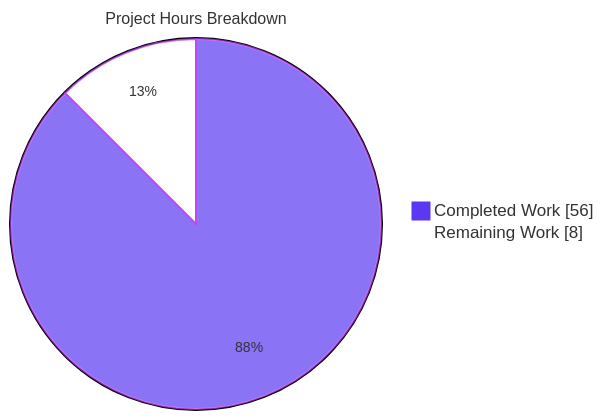
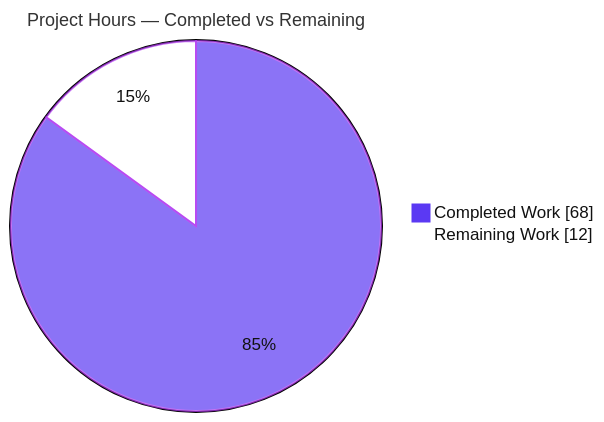
Before and after one commit to ajitblitzy/Society_mngt_300K_Nested: the second of 3 diagrams in blitzy/documentation/Project Guide.md, drawn with Mermaid. The commit also changed other lines of this file, not shown here.

Commit message:
Adding Blitzy Project Guide: Project Status and Human Tasks Remaining

````diff
--- a/blitzy/documentation/Project Guide.md
+++ b/blitzy/documentation/Project Guide.md
@@ -207,7 +204,6 @@
 ```mermaid
-%%{init: {'theme':'base', 'themeVariables': {'pie1':'#5B39F3','pie2':'#FFFFFF','pieStrokeColor':'#B23AF2','pieStrokeWidth':'2px','pieOuterStrokeWidth':'2px','pieTitleTextSize':'16px','pieSectionTextSize':'14px'}}}%%
-pie showData
-    title Project Hours Breakdown
-    "Completed Work" : 56
-    "Remaining Work" : 8
+%%{init: {'theme':'base', 'themeVariables': {'pie1':'#5B39F3','pie2':'#FFFFFF','pieStrokeColor':'#B23AF2','pieStrokeWidth':'2px','pieOuterStrokeWidth':'2px','pieTitleTextSize':'18px','pieSectionTextColor':'#111111','pieLegendTextColor':'#111111'}}}%%
+pie showData title Project Hours — Completed vs Remaining
+    "Completed Work" : 68
+    "Remaining Work" : 12
 ```
````
